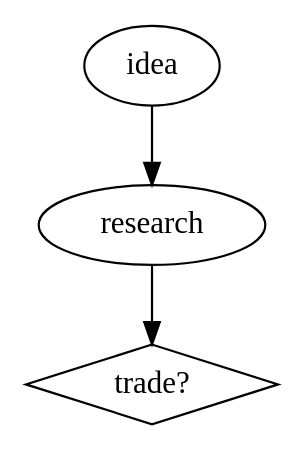
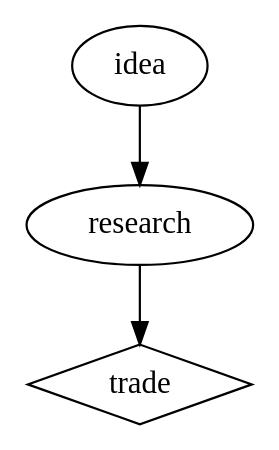
Before and after one commit to HellKaiser45/AI-trading-journal: the diagram in _template/decision_tree.dot, drawn with Graphviz. The commit also changed 3 other files, not shown here.

```diff
--- a/_template/decision_tree.dot
+++ b/_template/decision_tree.dot
@@ -1,8 +1,14 @@
 digraph decision {
   rankdir=TB;
-  idea [label="idea"];
-  research [label="research"];
-  decide [label="trade?", shape=diamond];
+  // Every Jev answer is ONE node on ONE line with these attributes (finalize.py reads them):
+  //   gate=G1..G9   kind=choice|noul   answer=<OPTION or proposition_name>   p=<0..1>
+  // choice: answer = the selected option (UPPER_CASE), p = its probability.
+  // noul:   answer = the proposition name (lower_case), p = probability of yes.
+  // Example:  g1_a [gate=G1, kind=choice, answer=LONG, p=0.71];
+  // Other nodes (research findings, rejected alternatives) carry no gate attribute.
+  idea [label=idea];
+  research [label=research];
+  decide [label=trade, shape=diamond];
   idea -> research;
   research -> decide;
 }
```
